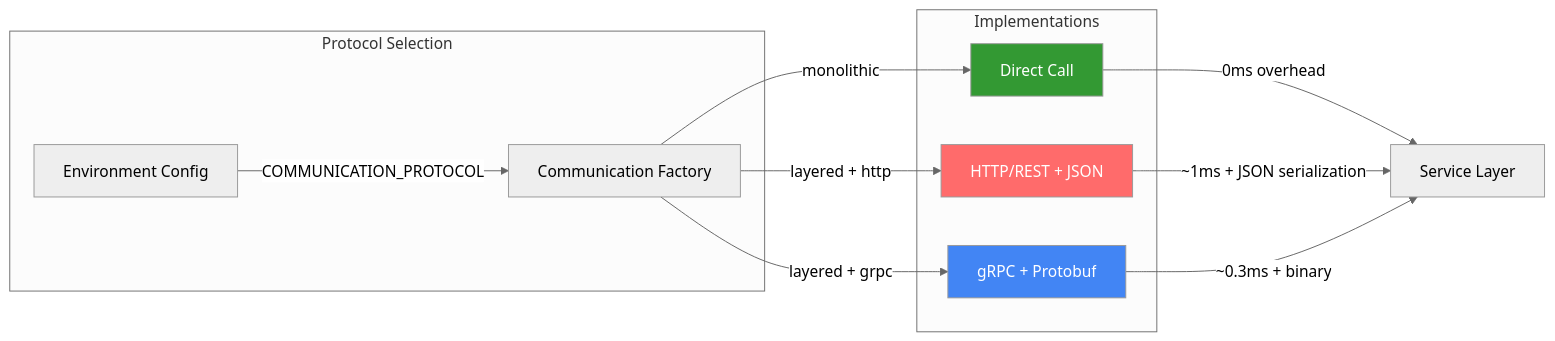
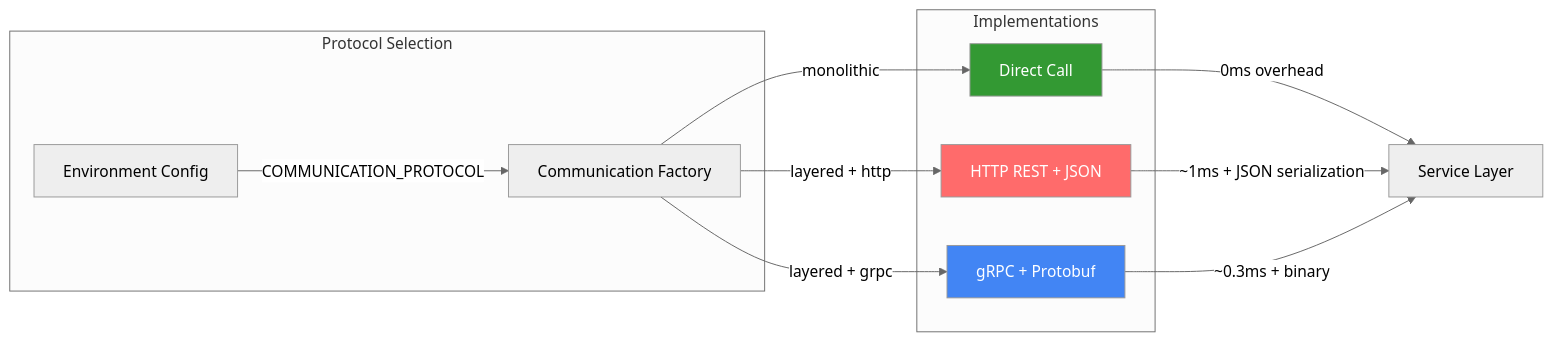
Before and after one commit to jrjohn/arcana-cloud-nodejs: the second of 13 diagrams in README.md, drawn with Mermaid (neutral theme). The commit also changed other lines of this file, not shown here.

````diff
--- a/README.md
+++ b/README.md
@@ -82,26 +86,26 @@
 ```mermaid
 flowchart LR
     subgraph "Protocol Selection"
         ENV[Environment Config]
         FACTORY[Communication Factory]
     end
 
     subgraph "Implementations"
-        DIRECT[Direct Call]
-        HTTP[HTTP/REST + JSON]
-        GRPC[gRPC + Protobuf]
+        DIRECT["Direct Call"]
+        HTTP["HTTP REST + JSON"]
+        GRPC["gRPC + Protobuf"]
     end
 
     ENV -->|COMMUNICATION_PROTOCOL| FACTORY
     FACTORY -->|monolithic| DIRECT
     FACTORY -->|layered + http| HTTP
     FACTORY -->|layered + grpc| GRPC
 
     DIRECT -->|0ms overhead| SVC[Service Layer]
     HTTP -->|~1ms + JSON serialization| SVC
     GRPC -->|~0.3ms + binary| SVC
 
     style GRPC fill:#4285F4,color:#fff
     style DIRECT fill:#339933,color:#fff
     style HTTP fill:#FF6B6B,color:#fff
 ```
````
